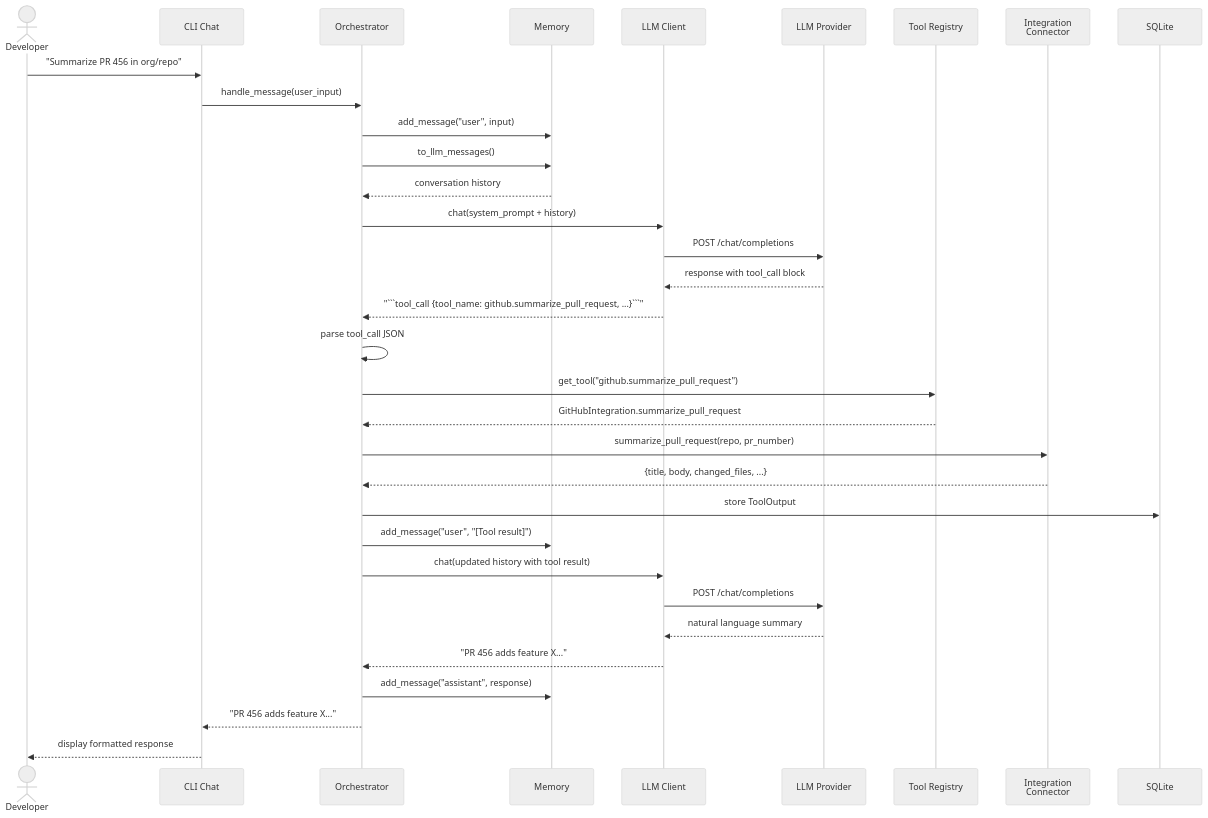
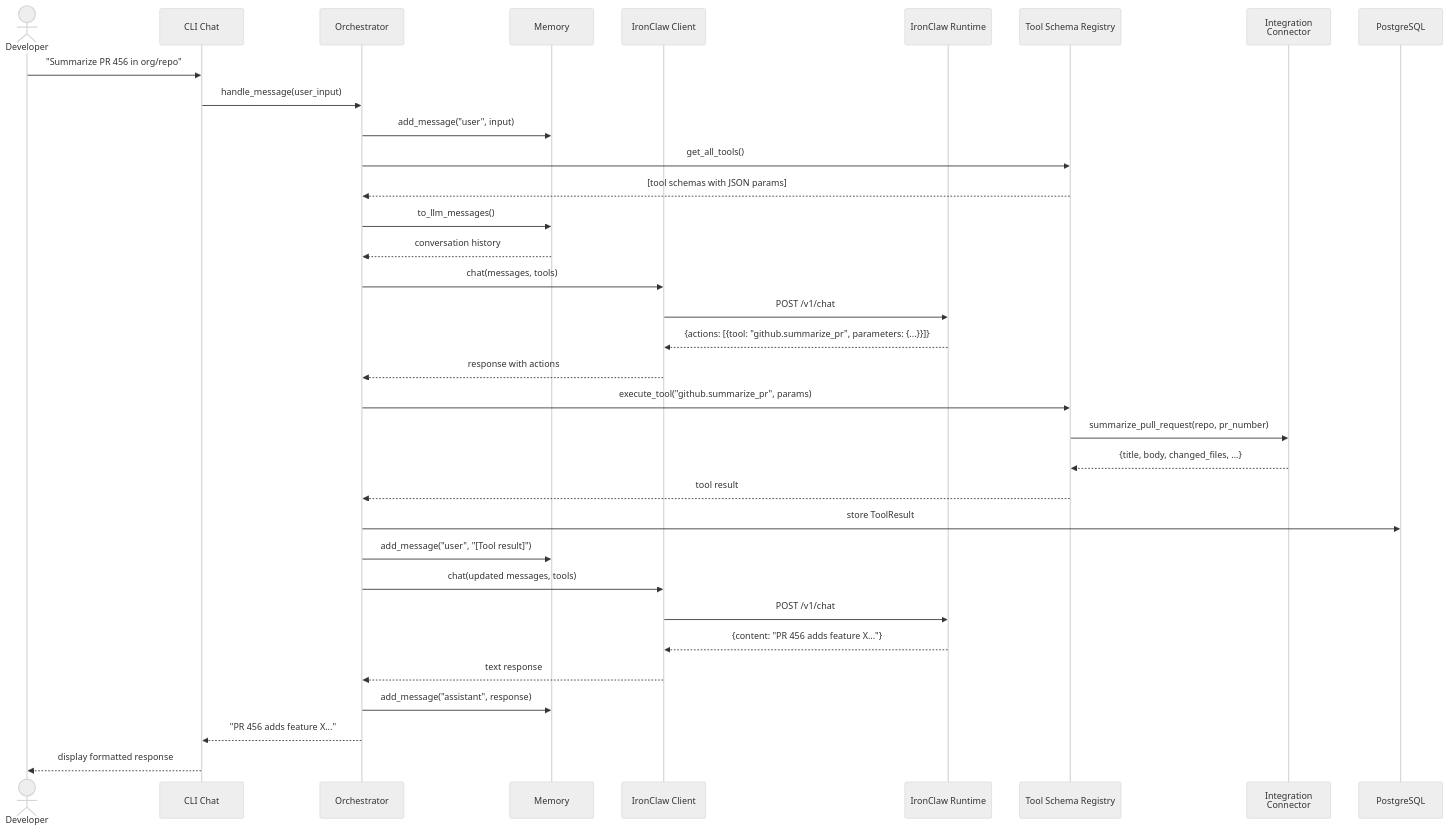
Before and after one commit to AnubisRooster/ironclaw-developer-agents: the second of 5 diagrams in docs/architecture.md, drawn with Mermaid (neutral theme). The commit also changed other lines of this file and 26 other files, not shown here.

````diff
--- a/docs/architecture.md
+++ b/docs/architecture.md
@@ -126,40 +139,41 @@
 ```mermaid
 sequenceDiagram
     actor Dev as Developer
     participant CLI as CLI Chat
     participant Orch as Orchestrator
     participant Mem as Memory
-    participant LLM as LLM Client
-    participant API as LLM Provider
-    participant Reg as Tool Registry
+    participant IC as IronClaw Client
+    participant Runtime as IronClaw Runtime
+    participant Reg as Tool Schema Registry
     participant Tool as Integration<br/>Connector
-    participant DB as SQLite
+    participant DB as PostgreSQL
 
     Dev->>CLI: "Summarize PR 456 in org/repo"
     CLI->>Orch: handle_message(user_input)
     Orch->>Mem: add_message("user", input)
+    Orch->>Reg: get_all_tools()
+    Reg-->>Orch: [tool schemas with JSON params]
     Orch->>Mem: to_llm_messages()
     Mem-->>Orch: conversation history
 
-    Orch->>LLM: chat(system_prompt + history)
-    LLM->>API: POST /chat/completions
-    API-->>LLM: response with tool_call block
-    LLM-->>Orch: "```tool_call {tool_name: github.summarize_pull_request, ...}```"
+    Orch->>IC: chat(messages, tools)
+    IC->>Runtime: POST /v1/chat
+    Runtime-->>IC: {actions: [{tool: "github.summarize_pr", parameters: {...}}]}
+    IC-->>Orch: response with actions
 
-    Orch->>Orch: parse tool_call JSON
-    Orch->>Reg: get_tool("github.summarize_pull_request")
-    Reg-->>Orch: GitHubIntegration.summarize_pull_request
-    Orch->>Tool: summarize_pull_request(repo, pr_number)
-    Tool-->>Orch: {title, body, changed_files, ...}
-    Orch->>DB: store ToolOutput
+    Orch->>Reg: execute_tool("github.summarize_pr", params)
+    Reg->>Tool: summarize_pull_request(repo, pr_number)
+    Tool-->>Reg: {title, body, changed_files, ...}
+    Reg-->>Orch: tool result
+    Orch->>DB: store ToolResult
 
     Orch->>Mem: add_message("user", "[Tool result]")
-    Orch->>LLM: chat(updated history with tool result)
-    LLM->>API: POST /chat/completions
-    API-->>LLM: natural language summary
-    LLM-->>Orch: "PR 456 adds feature X..."
+    Orch->>IC: chat(updated messages, tools)
+    IC->>Runtime: POST /v1/chat
+    Runtime-->>IC: {content: "PR 456 adds feature X..."}
+    IC-->>Orch: text response
 
     Orch->>Mem: add_message("assistant", response)
     Orch-->>CLI: "PR 456 adds feature X..."
     CLI-->>Dev: display formatted response
 ```
````
